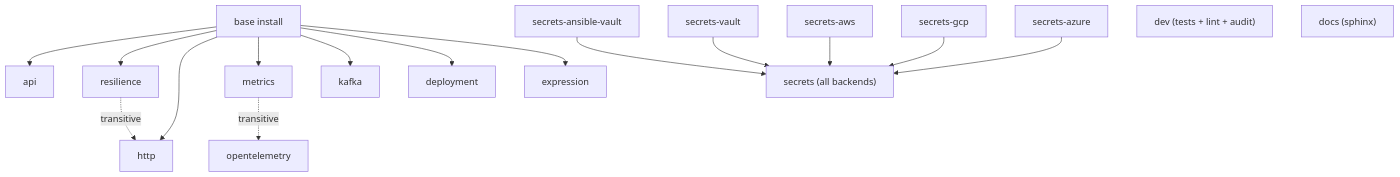
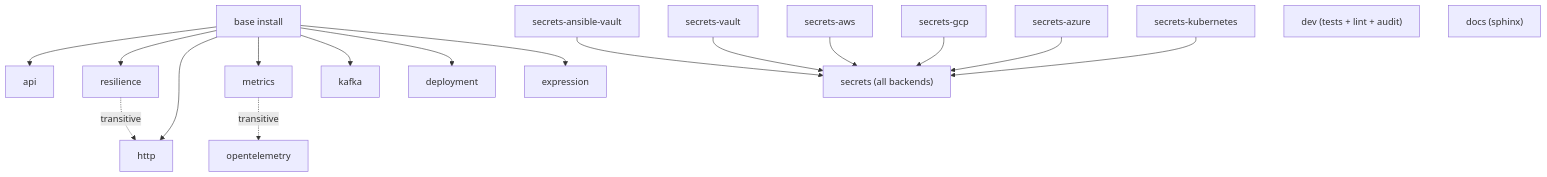
One commit to hyperi-io/scalo-py changed the diagram in docs/EXTRAS-FLAGS.md. Above: the diagram before and after it, drawn with Mermaid. The commit also changed other lines of this file and 19 other files, not shown here.

First line of the commit message:
fix(secrets): add a kubernetes secrets provider (#150)

````diff
--- a/docs/EXTRAS-FLAGS.md
+++ b/docs/EXTRAS-FLAGS.md
@@ -47,38 +47,40 @@
 ```mermaid
 flowchart TB
     Base["base install"]
     API["api"]
     Resil["resilience"]
     HTTP["http"]
     Metrics["metrics"]
     OTel["opentelemetry"]
     Kafka["kafka"]
     Expr["expression"]
     Deploy["deployment"]
     SAV["secrets-ansible-vault"]
     SV["secrets-vault"]
     SA["secrets-aws"]
     SG["secrets-gcp"]
     SAz["secrets-azure"]
+    SK["secrets-kubernetes"]
     SAll["secrets (all backends)"]
     Dev["dev (tests + lint + audit)"]
     Docs["docs (sphinx)"]
 
     Base --> API
     Base --> Resil
     Base --> HTTP
     Base --> Metrics
     Base --> Kafka
     Base --> Deploy
     Base --> Expr
 
     Resil -.transitive.-> HTTP
 
     Metrics -.transitive.-> OTel
 
     SAV --> SAll
     SV --> SAll
     SA --> SAll
     SG --> SAll
     SAz --> SAll
+    SK --> SAll
 ```
````
